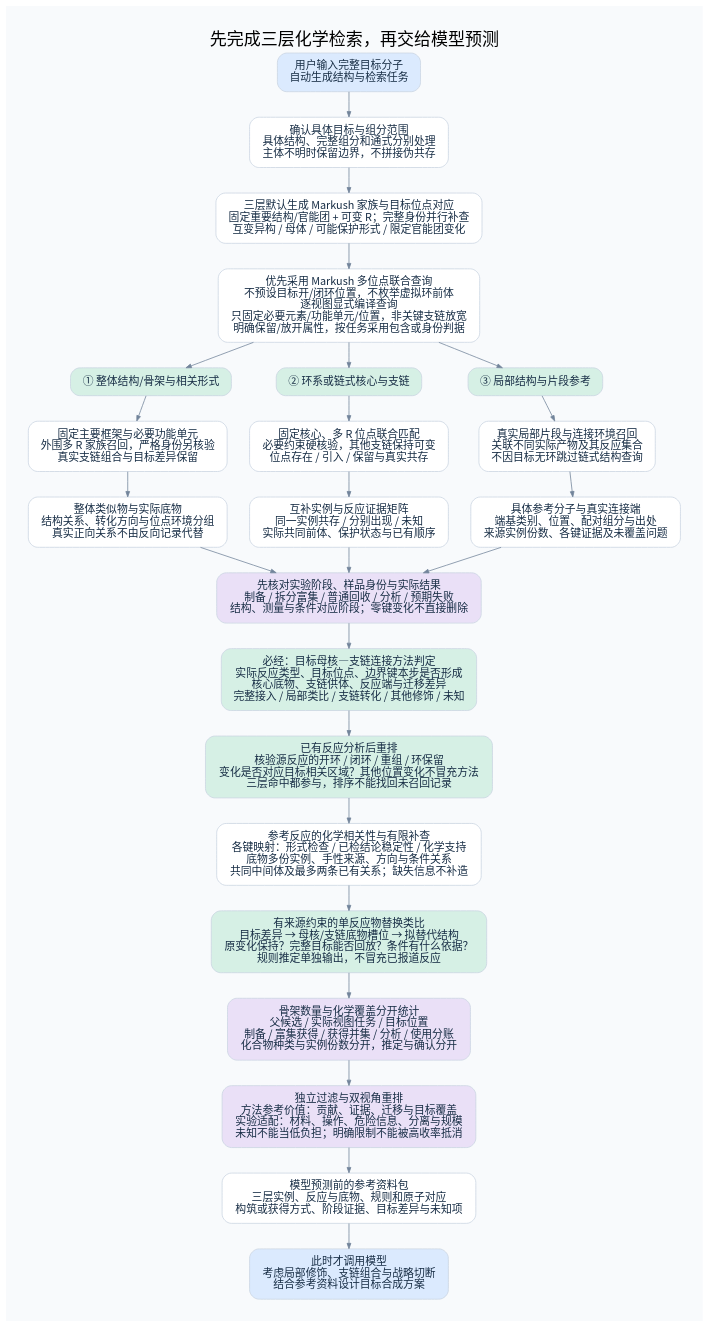
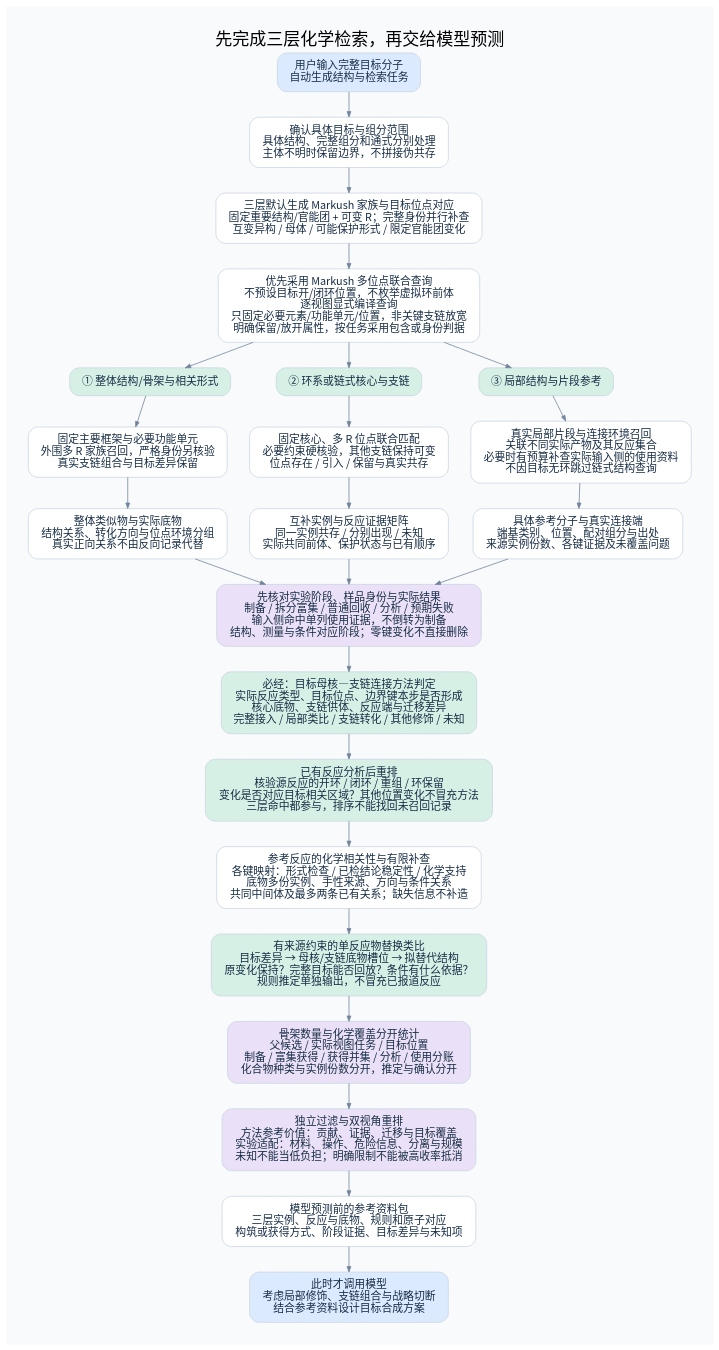
The diagram in diagrams/scaffold-search.dot (825728139/substructure_search), drawn with Graphviz before and after one commit. The commit also changed 24 other files, not shown here.

```diff
--- a/diagrams/scaffold-search.dot
+++ b/diagrams/scaffold-search.dot
@@ -1,82 +1,84 @@
 digraph G {
 
 graph [rankdir=TB, bgcolor="#F8FAFC", pad="0.4", nodesep="0.40", ranksep="0.46", fontname="Noto Sans CJK SC", fontsize=22, labelloc=t];
 node [shape=box, style="rounded,filled", fillcolor="white", color="#CAD5E2", fontcolor="#172D45", fontname="Noto Sans CJK SC", fontsize=14, margin="0.20,0.14"];
 edge [color="#72849B", arrowsize=0.7, fontname="Noto Sans CJK SC", fontsize=11, fontcolor="#526477"];
 
 label="先完成三层化学检索，再交给模型预测";
 a [label="用户输入完整目标分子
 自动生成结构与检索任务", fillcolor="#DBEAFE"];
 b [label="三层默认生成 Markush 家族与目标位点对应
 固定重要结构/官能团 + 可变 R；完整身份并行补查
 互变异构 / 母体 / 可能保护形式 / 限定官能团变化"];
 g [label="① 整体结构/骨架与相关形式", fillcolor="#D6F0E5"];
 c [label="② 环系或链式核心与支链", fillcolor="#D6F0E5"];
 f [label="③ 局部结构与片段参考", fillcolor="#D6F0E5"];
 g1 [label="固定主要框架与必要功能单元
 外围多 R 家族召回，严格身份另核验
 真实支链组合与目标差异保留"];
 c1 [label="固定核心、多 R 位点联合匹配
 必要约束硬核验，其他支链保持可变
 位点存在 / 引入 / 保留与真实共存"];
 f1 [label="真实局部片段与连接环境召回
 关联不同实际产物及其反应集合
+必要时有预算补查实际输入侧的使用资料
 不因目标无环跳过链式结构查询"];
 g2 [label="整体类似物与实际底物
 结构关系、转化方向与位点环境分组
 真实正向关系不由反向记录代替"];
 c2 [label="互补实例与反应证据矩阵
 同一实例共存 / 分别出现 / 未知
 实际共同前体、保护状态与已有顺序"];
 f2 [label="具体参考分子与真实连接端
 端基类别、位置、配对组分与出处
 来源实例份数、各键证据及未覆盖问题"];
 roles [label="先核对实验阶段、样品身份与实际结果
 制备 / 拆分富集 / 普通回收 / 分析 / 预期失败
+输入侧命中单列使用证据，不倒转为制备
 结构、测量与条件对应阶段；零键变化不直接删除", fillcolor="#EAE0F7"];
 quality [label="参考反应的化学相关性与有限补查
 各键映射：形式检查 / 已检结论稳定性 / 化学支持
 底物多份实例、手性来源、方向与条件关系
 共同中间体及最多两条已有关系；缺失信息不补造"];
 stats [label="骨架数量与化学覆盖分开统计
 父候选 / 实际视图任务 / 目标位置
 制备 / 富集获得 / 获得并集 / 分析 / 使用分账
 化合物种类与实例份数分开，推定与确认分开", fillcolor="#EAE0F7"];
 pack [label="模型预测前的参考资料包
 三层实例、反应与底物、规则和原子对应
 构筑或获得方式、阶段证据、目标差异与未知项"];
 model [label="此时才调用模型
 考虑局部修饰、支链组合与战略切断
 结合参考资料设计目标合成方案", fillcolor="#DBEAFE"];
 input_scope [label="确认具体目标与组分范围
 具体结构、完整组分和通式分别处理
 主体不明时保留边界，不拼接伪共存"];
 a -> input_scope -> b;
 compiled [label="优先采用 Markush 多位点联合查询
 不预设目标开/闭环位置，不枚举虚拟环前体
 逐视图显式编译查询
 只固定必要元素/功能单元/位置，非关键支链放宽
 明确保留/放开属性，按任务采用包含或身份判据"];
 b -> compiled; compiled -> g; compiled -> c; compiled -> f;
 g -> g1 -> g2;
 c -> c1 -> c2;
 f -> f1 -> f2;
 g2 -> roles; c2 -> roles; f2 -> roles;
 attachment [label="必经：目标母核—支链连接方法判定
 实际反应类型、目标位点、边界键本步是否形成
 核心底物、支链供体、反应端与迁移差异
 完整接入 / 局部类比 / 支链转化 / 其他修饰 / 未知", fillcolor="#D6F0E5"];
 transfer [label="有来源约束的单反应物替换类比
 目标差异 → 母核/支链底物槽位 → 拟替代结构
 原变化保持？完整目标能否回放？条件有什么依据？
 规则推定单独输出，不冒充已报道反应", fillcolor="#D6F0E5"];
 topology_assessment [label="已有反应分析后重排
 核验源反应的开环 / 闭环 / 重组 / 环保留
 变化是否对应目标相关区域？其他位置变化不冒充方法
 三层命中都参与，排序不能找回未召回记录", fillcolor="#D6F0E5"];
 ranking [label="独立过滤与双视角重排
 方法参考价值：贡献、证据、迁移与目标覆盖
 实验适配：材料、操作、危险信息、分离与规模
 未知不能当低负担；明确限制不能被高收率抵消", fillcolor="#EAE0F7"];
 roles -> attachment -> topology_assessment -> quality -> transfer -> stats -> ranking -> pack -> model;
 }
```
